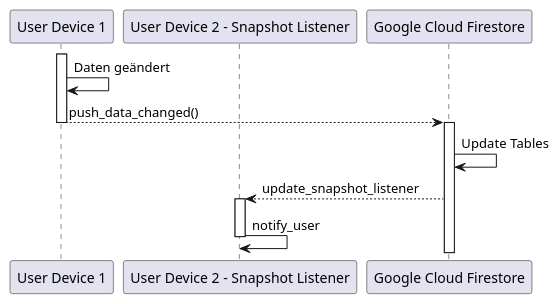
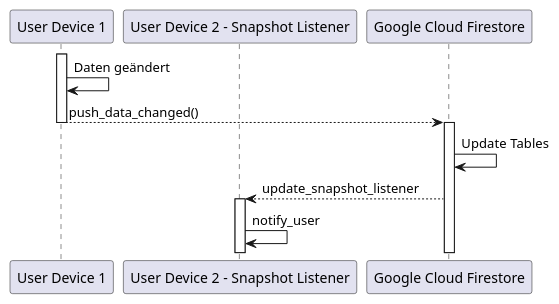
Before and after one commit to K1ntsugi/SoftwareEngineering_2_Vinf5: the diagram in Architektur_Praktikum/sysArchiSeq.plantuml, drawn with PlantUML.

```diff
--- a/Architektur_Praktikum/sysArchiSeq.plantuml
+++ b/Architektur_Praktikum/sysArchiSeq.plantuml
@@ -1,21 +1,21 @@
 @startuml Systemarchitektur Sequenzdiagramm
 
 participant "User Device 1" as dev1
 participant "User Device 2 - Snapshot Listener" as dev2
 participant "Google Cloud Firestore" as bcknd
 
 dev1++
 dev1 -> dev1 : Daten geändert
 dev1 --> bcknd : push_data_changed()
 dev1--
 
 bcknd++
 bcknd -> bcknd : Update Tables
 bcknd --> dev2 : update_snapshot_listener
 
 dev2++
 dev2 -> dev2 : notify_user
-dev2--
+
 
 
 @enduml
```
